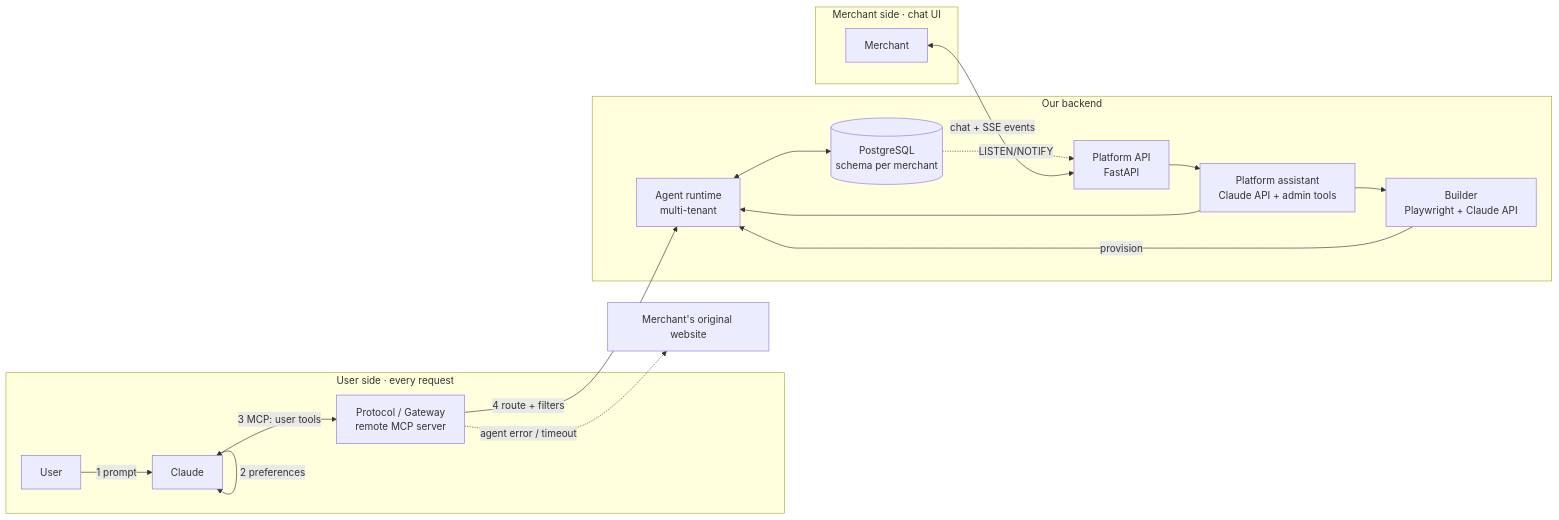
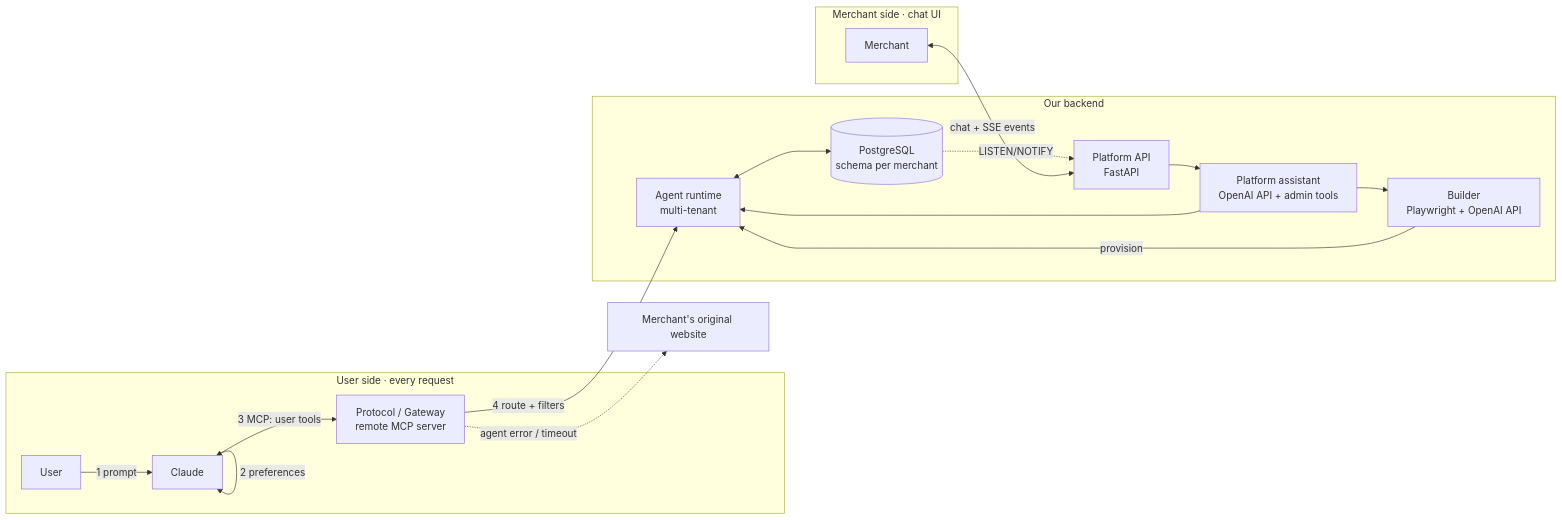
Before and after one commit to MaxEntz/BaselHack2026: the diagram in AGENTS.md, drawn with Mermaid. The commit also changed other lines of this file and 4 other files, not shown here.

````diff
--- a/AGENTS.md
+++ b/AGENTS.md
@@ -59,24 +59,24 @@
 ```mermaid
 flowchart LR
   subgraph USER[User side · every request]
     User -->|1 prompt| Claude
     Claude -->|2 preferences| Claude
     Claude <-->|3 MCP: user tools| Gateway[Protocol / Gateway<br/>remote MCP server]
   end
 
   subgraph CORE[Our backend]
     Gateway -->|4 route + filters| Agent[Agent runtime<br/>multi-tenant]
     Agent <--> DB[(PostgreSQL<br/>schema per merchant)]
-    Platform[Platform API<br/>FastAPI] --> Assistant[Platform assistant<br/>Claude API + admin tools]
+    Platform[Platform API<br/>FastAPI] --> Assistant[Platform assistant<br/>OpenAI API + admin tools]
     Assistant --> Agent
-    Assistant --> Builder[Builder<br/>Playwright + Claude API]
+    Assistant --> Builder[Builder<br/>Playwright + OpenAI API]
     Builder -->|provision| Agent
     DB -. LISTEN/NOTIFY .-> Platform
   end
 
   subgraph MERCHANT[Merchant side · chat UI]
     Merchant <-->|chat + SSE events| Platform
   end
 
   Gateway -. agent error / timeout .-> Fallback[Merchant's original website]
 ```
````
